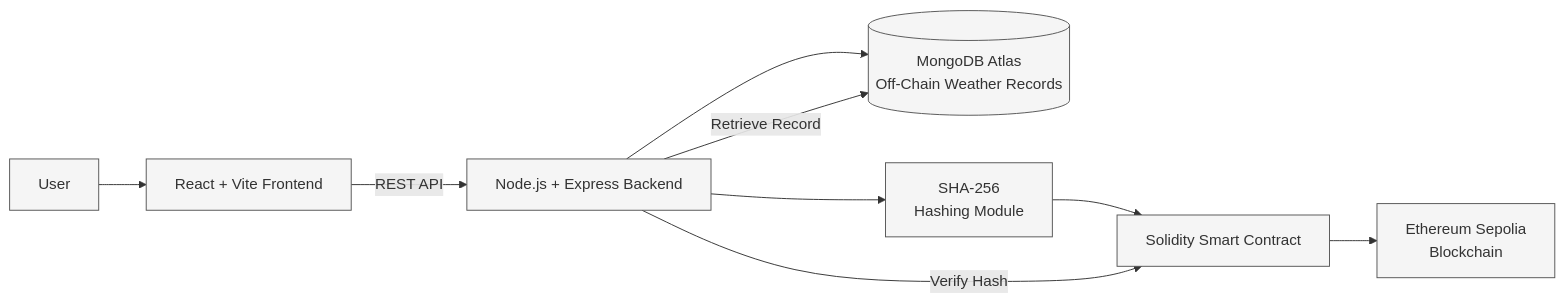
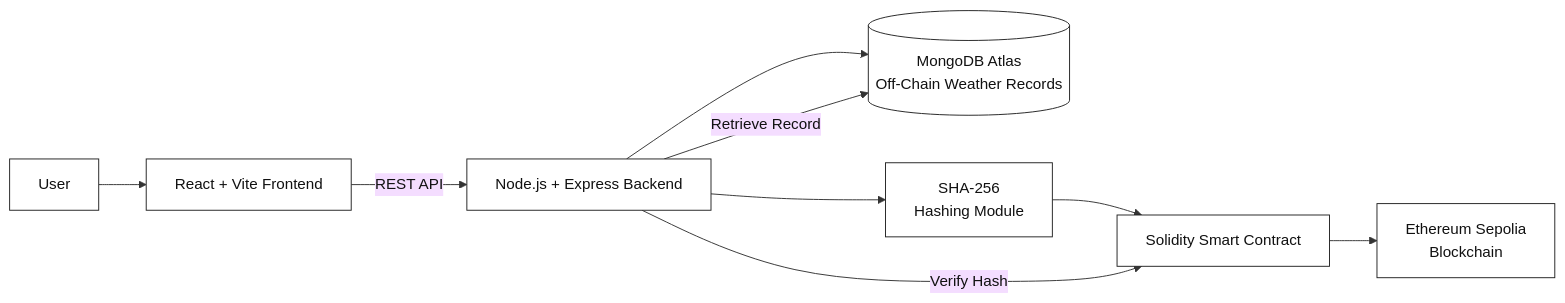
The first of 3 diagrams in README.md (AtharvaP555/blockchain-weather-integrity), drawn with Mermaid before and after one commit. The commit also changed other lines of this file, not shown here.

Commit message:
Fix verification diagram styling

````diff
--- a/README.md
+++ b/README.md
@@ -68,26 +68,27 @@
 ```mermaid
+%%{init: {'theme':'base', 'themeVariables': {'primaryTextColor':'#111111', 'secondaryTextColor':'#111111', 'tertiaryTextColor':'#111111', 'lineColor':'#333333'}}}%%
 flowchart LR
 
     U[User] --> F[React + Vite Frontend]
 
     F -->|REST API| B[Node.js + Express Backend]
 
     B --> DB[(MongoDB Atlas<br/>Off-Chain Weather Records)]
 
     B --> H[SHA-256<br/>Hashing Module]
 
     H --> C[Solidity Smart Contract]
 
     C --> BC[Ethereum Sepolia<br/>Blockchain]
 
     B -->|Retrieve Record| DB
     B -->|Verify Hash| C
 
-    style U fill:#f5f5f5,stroke:#555
-    style F fill:#f5f5f5,stroke:#555
-    style B fill:#f5f5f5,stroke:#555
-    style DB fill:#f5f5f5,stroke:#555
-    style H fill:#f5f5f5,stroke:#555
-    style C fill:#f5f5f5,stroke:#555
-    style BC fill:#f5f5f5,stroke:#555
+    style U fill:#ffffff,stroke:#222222,color:#111111
+    style F fill:#ffffff,stroke:#222222,color:#111111
+    style B fill:#ffffff,stroke:#222222,color:#111111
+    style DB fill:#ffffff,stroke:#222222,color:#111111
+    style H fill:#ffffff,stroke:#222222,color:#111111
+    style C fill:#ffffff,stroke:#222222,color:#111111
+    style BC fill:#ffffff,stroke:#222222,color:#111111
 ```
````
